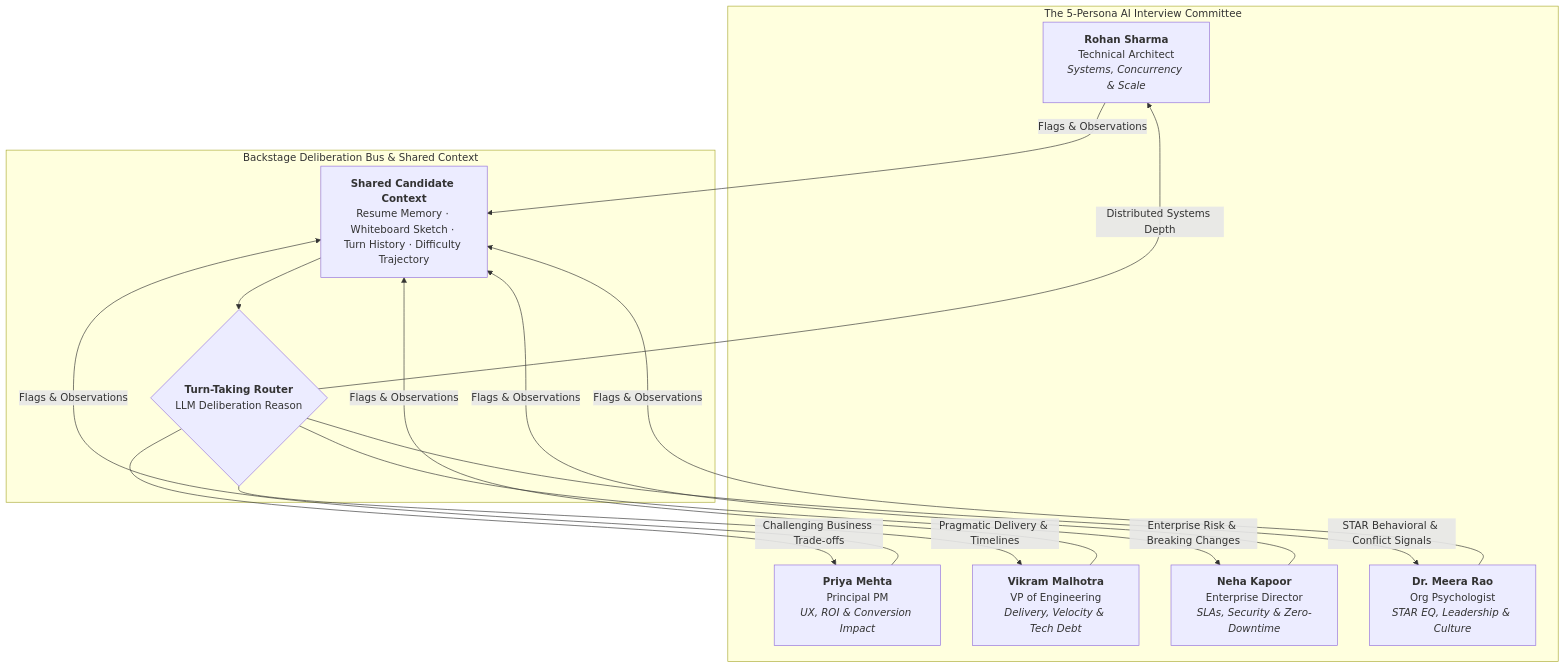
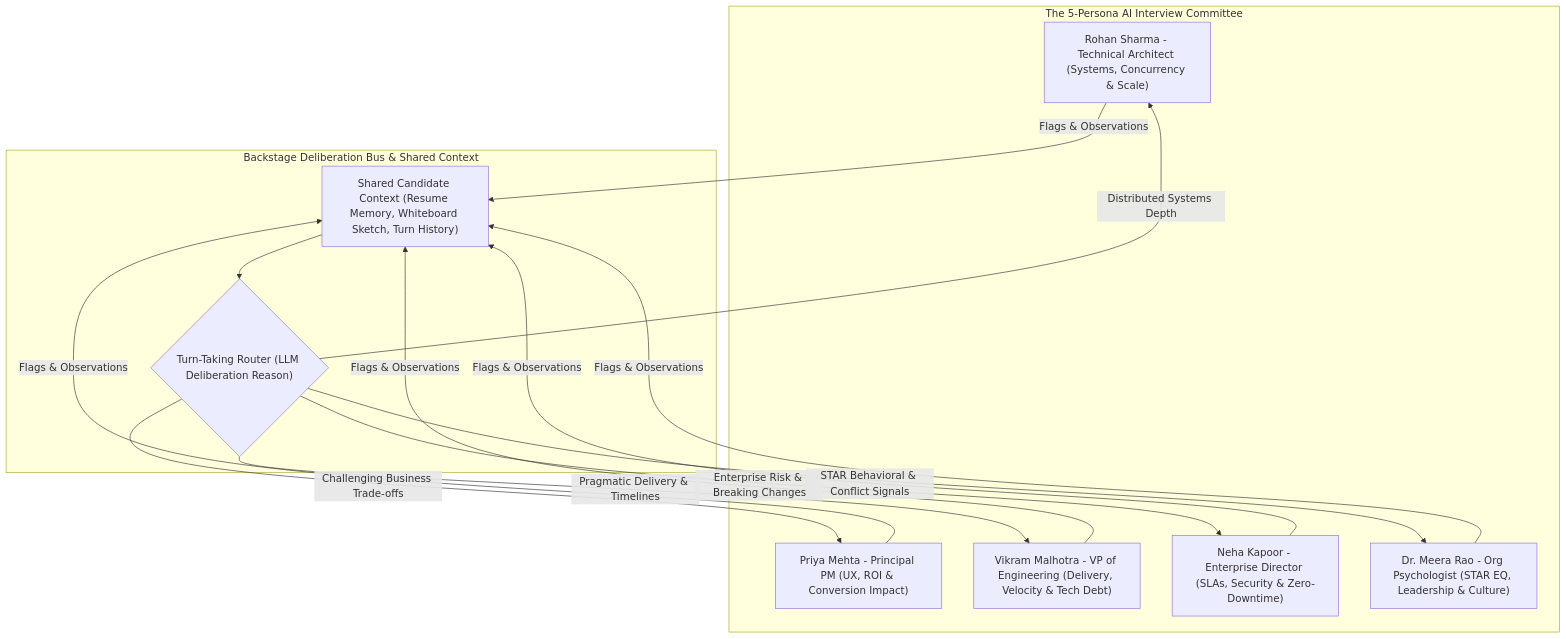
One commit to RiyanshiVerma-11/Vocalis-AI changed the sixth of 6 diagrams in README.md. Above: the diagram before and after it, drawn with Mermaid. The commit also changed other lines of this file and 31 other files, not shown here.

````diff
--- a/README.md
+++ b/README.md
@@ -370,28 +362,28 @@
 ```mermaid
 graph TD
     subgraph Committee ["The 5-Persona AI Interview Committee"]
-        Rohan["<b>Rohan Sharma</b><br/>Technical Architect<br/><i>Systems, Concurrency & Scale</i>"]
-        Priya["<b>Priya Mehta</b><br/>Principal PM<br/><i>UX, ROI & Conversion Impact</i>"]
-        Vikram["<b>Vikram Malhotra</b><br/>VP of Engineering<br/><i>Delivery, Velocity & Tech Debt</i>"]
-        Neha["<b>Neha Kapoor</b><br/>Enterprise Director<br/><i>SLAs, Security & Zero-Downtime</i>"]
-        Meera["<b>Dr. Meera Rao</b><br/>Org Psychologist<br/><i>STAR EQ, Leadership & Culture</i>"]
+        Rohan["Rohan Sharma - Technical Architect (Systems, Concurrency & Scale)"]
+        Priya["Priya Mehta - Principal PM (UX, ROI & Conversion Impact)"]
+        Vikram["Vikram Malhotra - VP of Engineering (Delivery, Velocity & Tech Debt)"]
+        Neha["Neha Kapoor - Enterprise Director (SLAs, Security & Zero-Downtime)"]
+        Meera["Dr. Meera Rao - Org Psychologist (STAR EQ, Leadership & Culture)"]
     end
 
     subgraph Bus ["Backstage Deliberation Bus & Shared Context"]
-        Context["<b>Shared Candidate Context</b><br/>Resume Memory · Whiteboard Sketch · Turn History · Difficulty Trajectory"]
-        Router{"<b>Turn-Taking Router</b><br/>LLM Deliberation Reason"}
+        Context["Shared Candidate Context (Resume Memory, Whiteboard Sketch, Turn History)"]
+        Router{"Turn-Taking Router (LLM Deliberation Reason)"}
     end
 
     Context --> Router
     Router -->|Distributed Systems Depth| Rohan
     Router -->|Challenging Business Trade-offs| Priya
     Router -->|Pragmatic Delivery & Timelines| Vikram
     Router -->|Enterprise Risk & Breaking Changes| Neha
     Router -->|STAR Behavioral & Conflict Signals| Meera
 
     Rohan -->|Flags & Observations| Context
     Priya -->|Flags & Observations| Context
     Vikram -->|Flags & Observations| Context
     Neha -->|Flags & Observations| Context
     Meera -->|Flags & Observations| Context
 ```
````
